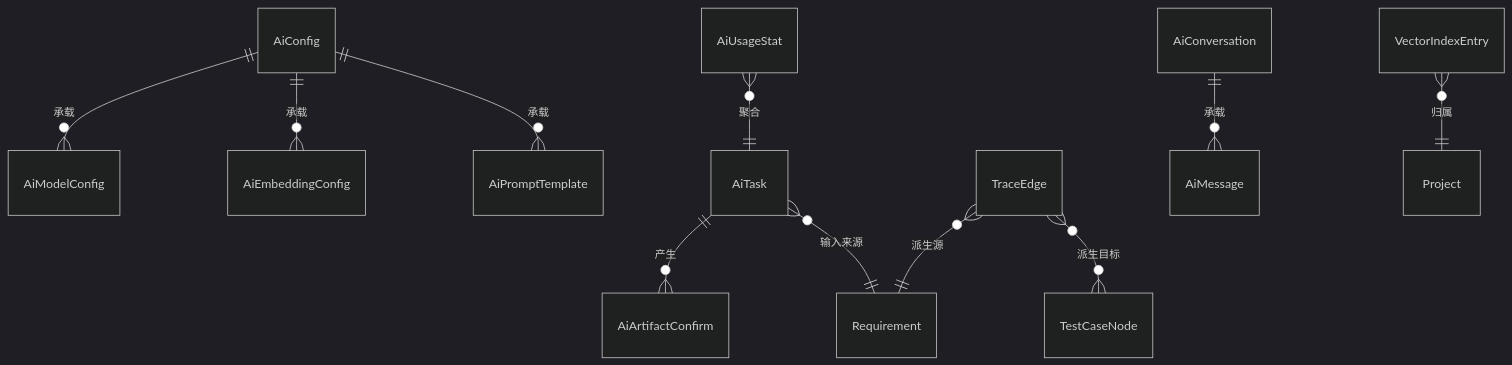
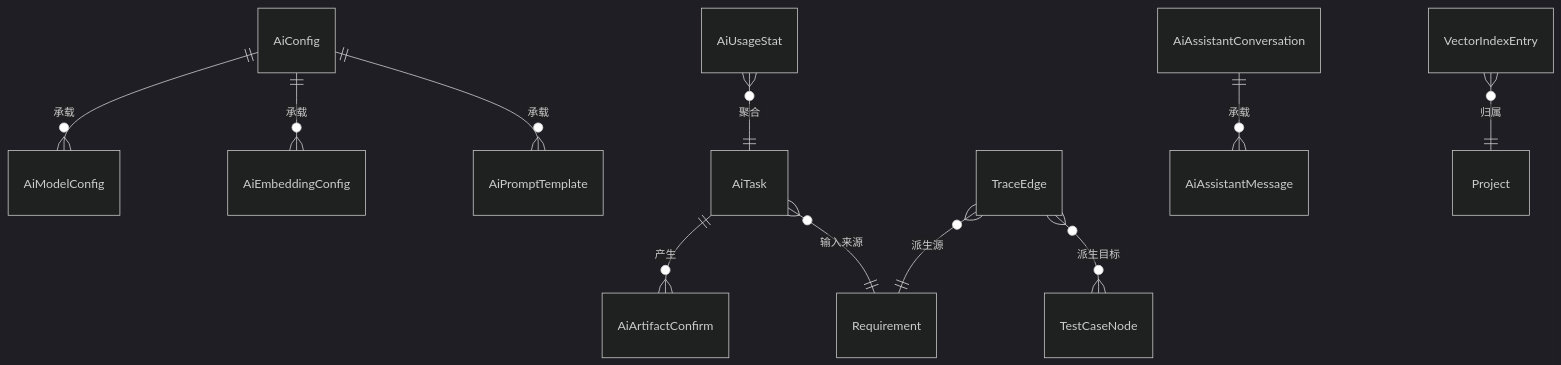
One commit to XiaoMiSum/robotest changed the second of 2 diagrams in docs/02-high-level-design/07-ai-capability/02-hld-ai-capability.md. Above: the diagram before and after it, drawn with Mermaid (dark theme). The commit also changed other lines of this file and 3 other files, not shown here.

````diff
--- a/docs/02-high-level-design/07-ai-capability/02-hld-ai-capability.md
+++ b/docs/02-high-level-design/07-ai-capability/02-hld-ai-capability.md
@@ -144,13 +144,13 @@
 ```mermaid
 erDiagram
     AiConfig ||--o{ AiModelConfig : 承载
     AiConfig ||--o{ AiEmbeddingConfig : 承载
     AiConfig ||--o{ AiPromptTemplate : 承载
     AiTask ||--o{ AiArtifactConfirm : 产生
     AiTask }o--|| Requirement : 输入来源
     AiUsageStat }o--|| AiTask : 聚合
     TraceEdge }o--|| Requirement : 派生源
     TraceEdge }o--o{ TestCaseNode : 派生目标
-    AiConversation ||--o{ AiMessage : 承载
+    AiAssistantConversation ||--o{ AiAssistantMessage : 承载
     VectorIndexEntry }o--|| Project : 归属
 ```
````
